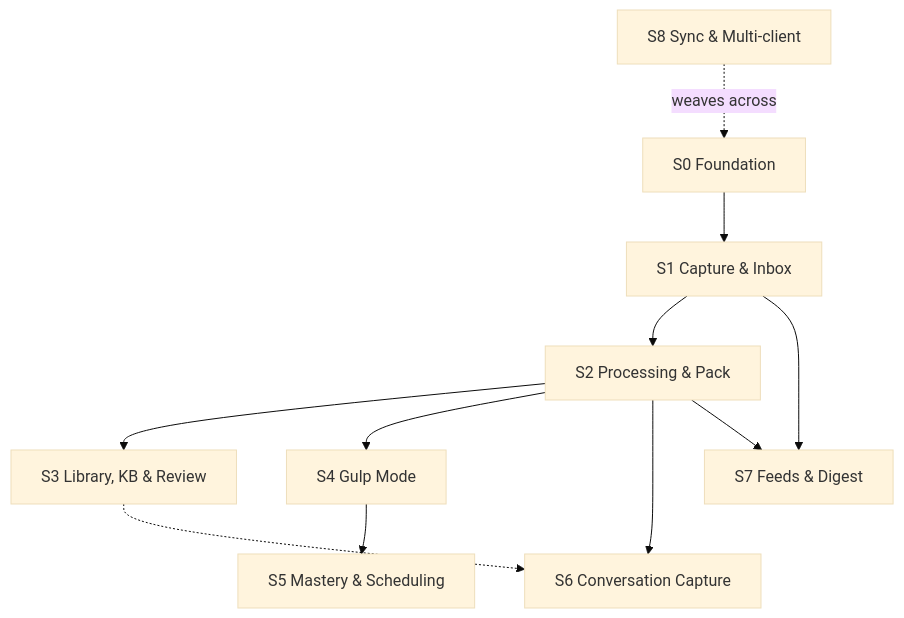
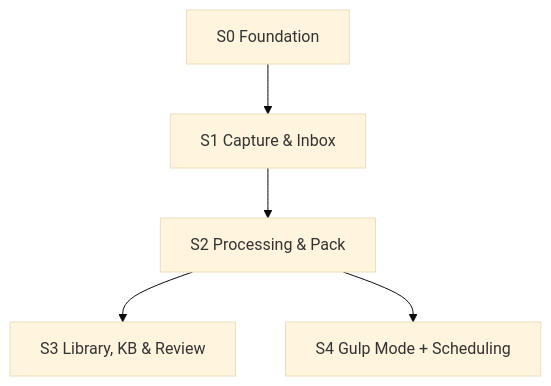
The diagram in docs/04-development-plan.md (mark15213/gulp), drawn with Mermaid (base theme) before and after one commit. The commit also changed other lines of this file and 2 other files, not shown here.

````diff
--- a/docs/04-development-plan.md
+++ b/docs/04-development-plan.md
@@ -50,13 +48,7 @@
 ```mermaid
 graph TD
     S0[S0 Foundation] --> S1[S1 Capture & Inbox]
     S1 --> S2[S2 Processing & Pack]
     S2 --> S3[S3 Library, KB & Review]
-    S2 --> S4[S4 Gulp Mode]
-    S4 --> S5[S5 Mastery & Scheduling]
-    S2 --> S6[S6 Conversation Capture]
-    S3 -.-> S6
-    S1 --> S7[S7 Feeds & Digest]
-    S2 --> S7
-    S8[S8 Sync & Multi-client] -.weaves across.-> S0
+    S2 --> S4[S4 Gulp Mode + Scheduling]
 ```
````
